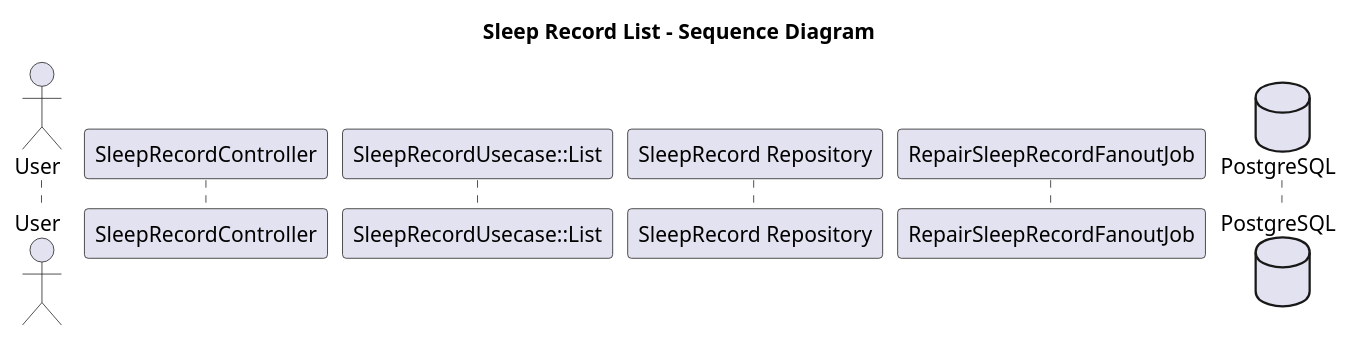
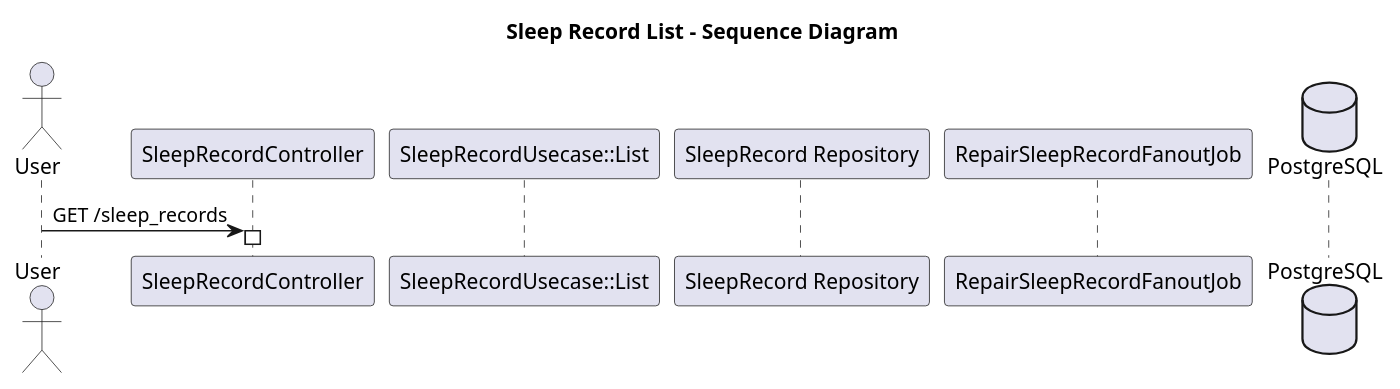
One commit to wisnuaga/good-night changed the diagram in docs/diagram/SleepRecordList.plantuml. Above: the diagram before and after it, drawn with PlantUML.

Commit message:
list: add endpoint

```diff
--- a/docs/diagram/SleepRecordList.plantuml
+++ b/docs/diagram/SleepRecordList.plantuml
@@ -1,12 +1,15 @@
 @startuml SleepRecordList
 title Sleep Record List - Sequence Diagram
 
 ' Define actors and components
 actor User
 participant "SleepRecordController" as Controller
 participant "SleepRecordUsecase::List" as Usecase
 participant "SleepRecord Repository" as SleepRecordRepository
 participant "RepairSleepRecordFanoutJob" as Job
 database "PostgreSQL" as DB
 
+User -> Controller: GET /sleep_records
+activate Controller
+
 @enduml
```
